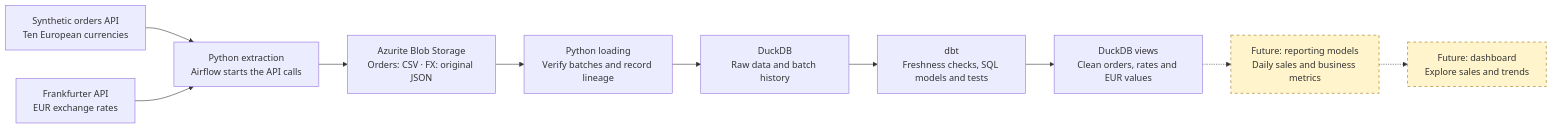
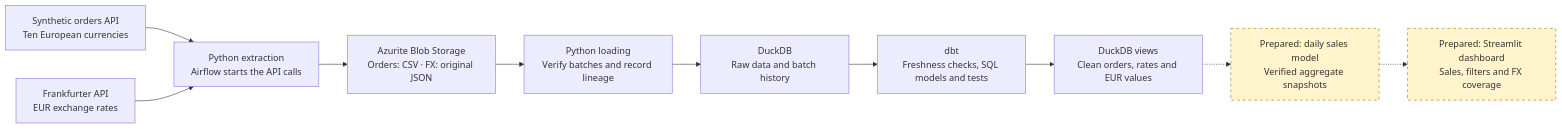
The first of 3 diagrams in README.md (ungvari-tomi/tomi-platform), drawn with Mermaid before and after one commit. The commit also changed other lines of this file and 29 other files, not shown here.

Commit message:
Add isolated Streamlit sales dashboard and verified reporting snapshots

````diff
--- a/README.md
+++ b/README.md
@@ -15,21 +15,21 @@
 ```mermaid
 flowchart LR
     Orders["Synthetic orders API<br/>Ten European currencies"]
     FX["Frankfurter API<br/>EUR exchange rates"]
     Extract["Python extraction<br/>Airflow starts the API calls"]
     Blob["Azurite Blob Storage<br/>Orders: CSV · FX: original JSON"]
     Load["Python loading<br/>Verify batches and record lineage"]
     Raw["DuckDB<br/>Raw data and batch history"]
     Dbt["dbt<br/>Freshness checks, SQL models and tests"]
     Analytics["DuckDB views<br/>Clean orders, rates and EUR values"]
-    Reporting["Future: reporting models<br/>Daily sales and business metrics"]
-    Dashboard["Future: dashboard<br/>Explore sales and trends"]
+    Reporting["Prepared: daily sales model<br/>Verified aggregate snapshots"]
+    Dashboard["Prepared: Streamlit dashboard<br/>Sales, filters and FX coverage"]
 
     Orders --> Extract
     FX --> Extract
     Extract --> Blob --> Load --> Raw --> Dbt --> Analytics
     Analytics -.-> Reporting -.-> Dashboard
 
     classDef planned fill:#fff4cc,stroke:#9a7400,stroke-dasharray:5 5;
     class Reporting,Dashboard planned;
 ```
````
